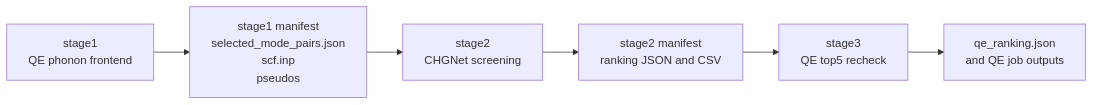
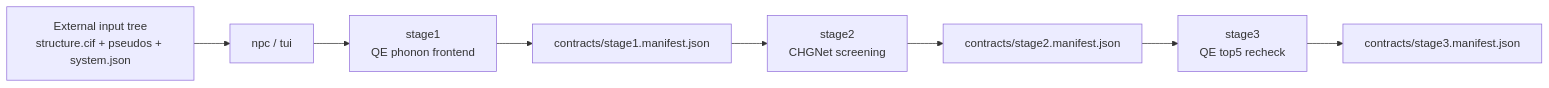
Before and after one commit to sakuralmt/Nonlinear-Phonon-Calculation: the diagram in README.md, drawn with Mermaid. The commit also changed other lines of this file and 92 other files, not shown here.

````diff
--- a/README.md
+++ b/README.md
@@ -139,8 +176,10 @@
 ```mermaid
 flowchart LR
-    A["stage1\nQE phonon frontend"] --> B["stage1 manifest\nselected_mode_pairs.json\nscf.inp\npseudos"]
-    B --> C["stage2\nCHGNet screening"]
-    C --> D["stage2 manifest\nranking JSON and CSV"]
-    D --> E["stage3\nQE top5 recheck"]
-    E --> F["qe_ranking.json\nand QE job outputs"]
+    A["External input tree\nstructure.cif + pseudos + system.json"] --> B["npc / tui"]
+    B --> C["stage1\nQE phonon frontend"]
+    C --> D["contracts/stage1.manifest.json"]
+    D --> E["stage2\nCHGNet screening"]
+    E --> F["contracts/stage2.manifest.json"]
+    F --> G["stage3\nQE top5 recheck"]
+    G --> H["contracts/stage3.manifest.json"]
 ```
````
